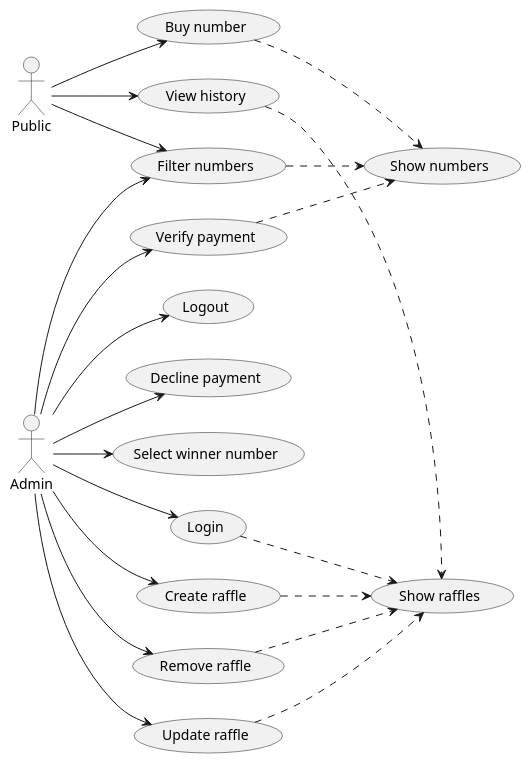
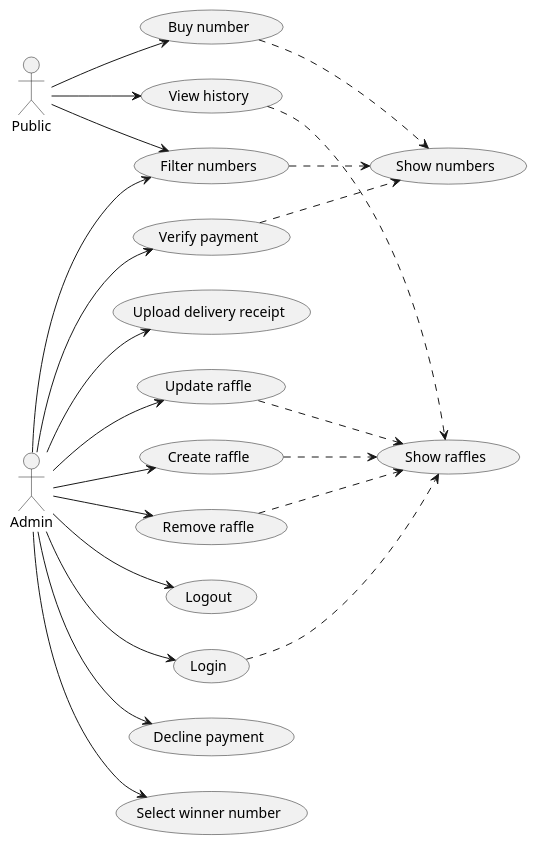
Before and after one commit to marcos-velasquez/raffle: the diagram in docs/UseCases/index.plantuml, drawn with PlantUML. The commit also changed 11 other files, not shown here.

Commit message:
feat: add delivery receipt functionality to raffle history system

```diff
--- a/docs/UseCases/index.plantuml
+++ b/docs/UseCases/index.plantuml
@@ -1,32 +1,33 @@
 @startuml UseCases
 
 left to right direction
 Public --> (Buy number)
 Public --> (View history)
 
 
 Admin --> (Create raffle)
 Admin --> (Remove raffle)
 Admin --> (Update raffle)
 Admin --> (Login)
 Admin --> (Logout)
 Admin --> (Verify payment)
 Admin --> (Decline payment)
 Admin --> (Select winner number)
+Admin --> (Upload delivery receipt)
 
 Admin --> (Filter numbers)
 Public --> (Filter numbers)
 
 
 (Create raffle) ..> (Show raffles)
 (Update raffle) ..> (Show raffles)
 (Remove raffle) ..> (Show raffles)
 (Login) ..> (Show raffles)
 (View history) ..> (Show raffles)
 
 
 (Buy number) ..> (Show numbers)
 (Filter numbers) ..> (Show numbers)
 (Verify payment) ..> (Show numbers)
 
 @enduml
```
